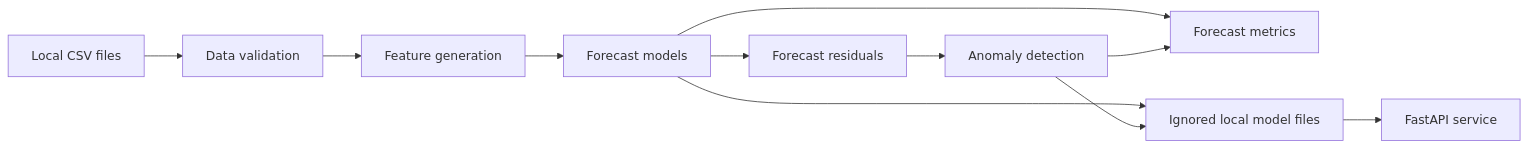
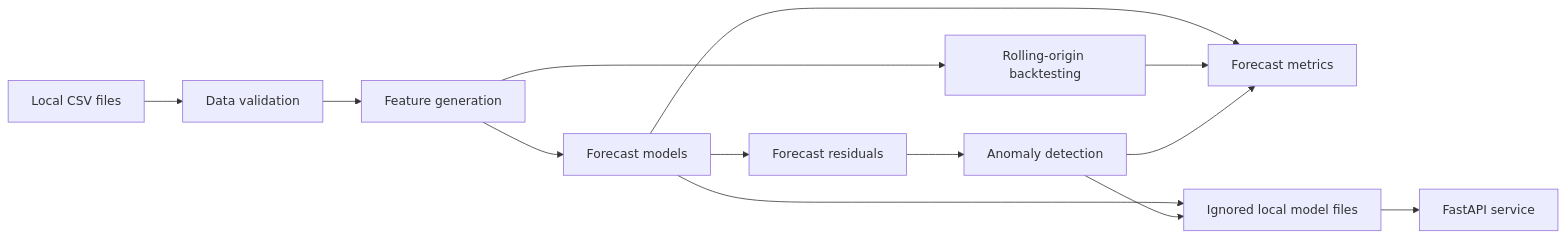
One commit to AmmarHafeez/energy-forecasting-anomaly-platform changed the diagram in docs/architecture.md. Above: the diagram before and after it, drawn with Mermaid. The commit also changed other lines of this file and 8 other files, not shown here.

Commit message:
Add rolling backtest evaluation

````diff
--- a/docs/architecture.md
+++ b/docs/architecture.md
@@ -5,13 +5,15 @@
 ```mermaid
 flowchart LR
     CSV["Local CSV files"] --> Parser["Data validation"]
     Parser --> Features["Feature generation"]
     Features --> Forecast["Forecast models"]
+    Features --> Backtest["Rolling-origin backtesting"]
     Forecast --> Residuals["Forecast residuals"]
     Residuals --> Anomaly["Anomaly detection"]
     Forecast --> Metrics["Forecast metrics"]
+    Backtest --> Metrics
     Anomaly --> Metrics
     Forecast --> Store["Ignored local model files"]
     Anomaly --> Store
     Store --> API["FastAPI service"]
 ```
````
